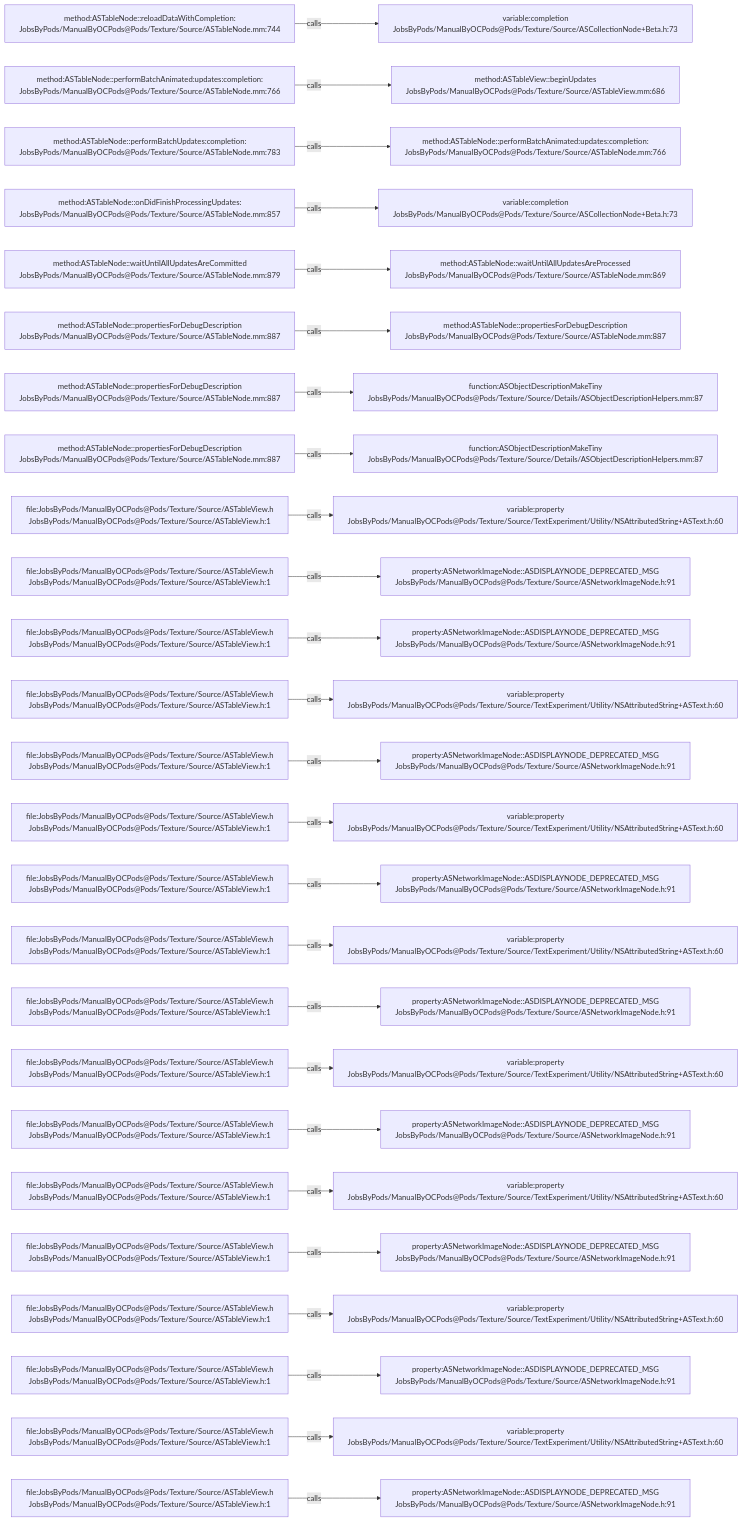
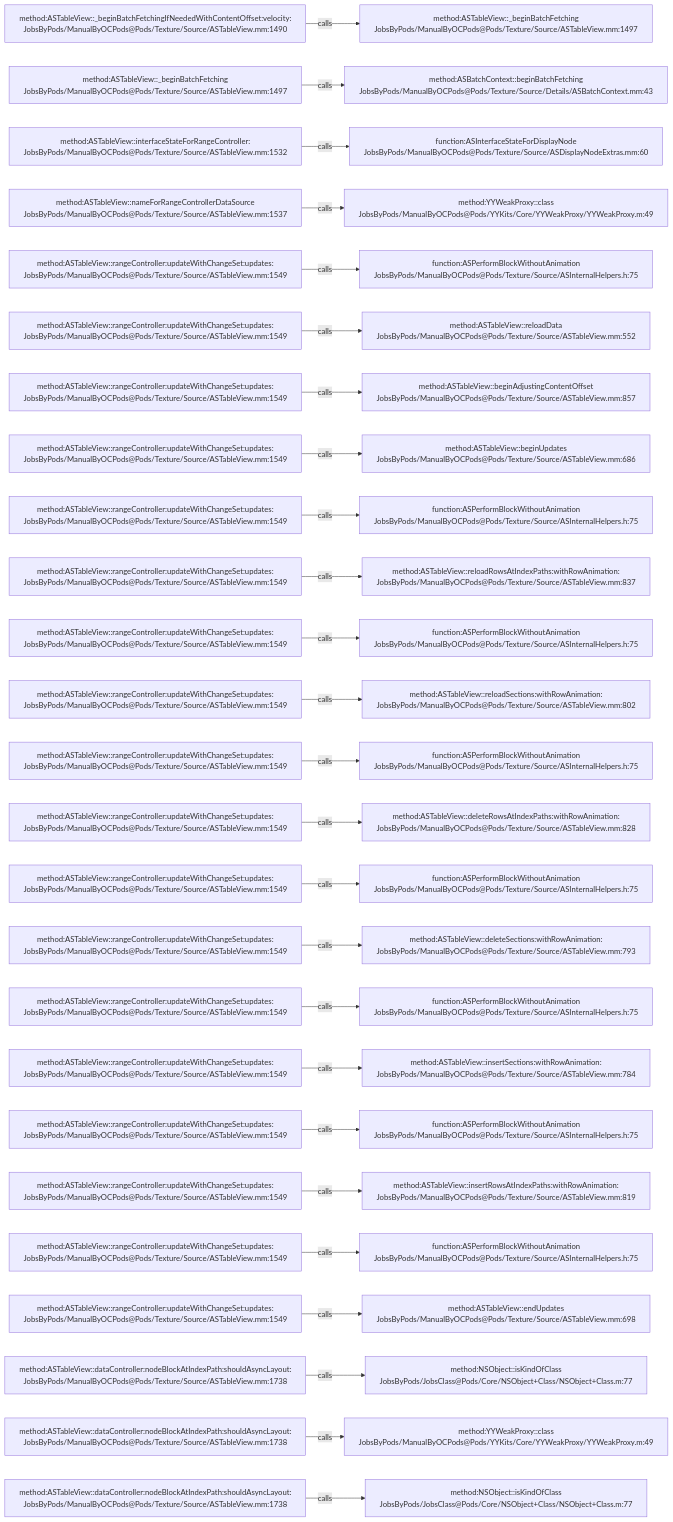
Before and after one commit to JobsKits/JobsOCBaseConfigDemo: the diagram in .codegraph/codegraph.md/graphs/calls-132.md, drawn with Mermaid. The commit also changed 1223 other files, not shown here.

````diff
--- a/.codegraph/codegraph.md/graphs/calls-132.md
+++ b/.codegraph/codegraph.md/graphs/calls-132.md
@@ -13,78 +13,78 @@
 ```mermaid
 flowchart LR
-  S1["method:ASTableNode::reloadDataWithCompletion:<br/>JobsByPods/ManualByOCPods@Pods/Texture/Source/ASTableNode.mm:744"]
-  T1["variable:completion<br/>JobsByPods/ManualByOCPods@Pods/Texture/Source/ASCollectionNode+Beta.h:73"]
+  S1["method:ASTableView::_beginBatchFetchingIfNeededWithContentOffset:velocity:<br/>JobsByPods/ManualByOCPods@Pods/Texture/Source/ASTableView.mm:1490"]
+  T1["method:ASTableView::_beginBatchFetching<br/>JobsByPods/ManualByOCPods@Pods/Texture/Source/ASTableView.mm:1497"]
   S1 -->|calls| T1
-  S2["method:ASTableNode::performBatchAnimated:updates:completion:<br/>JobsByPods/ManualByOCPods@Pods/Texture/Source/ASTableNode.mm:766"]
-  T2["method:ASTableView::beginUpdates<br/>JobsByPods/ManualByOCPods@Pods/Texture/Source/ASTableView.mm:686"]
+  S2["method:ASTableView::_beginBatchFetching<br/>JobsByPods/ManualByOCPods@Pods/Texture/Source/ASTableView.mm:1497"]
+  T2["method:ASBatchContext::beginBatchFetching<br/>JobsByPods/ManualByOCPods@Pods/Texture/Source/Details/ASBatchContext.mm:43"]
   S2 -->|calls| T2
-  S3["method:ASTableNode::performBatchUpdates:completion:<br/>JobsByPods/ManualByOCPods@Pods/Texture/Source/ASTableNode.mm:783"]
-  T3["method:ASTableNode::performBatchAnimated:updates:completion:<br/>JobsByPods/ManualByOCPods@Pods/Texture/Source/ASTableNode.mm:766"]
+  S3["method:ASTableView::interfaceStateForRangeController:<br/>JobsByPods/ManualByOCPods@Pods/Texture/Source/ASTableView.mm:1532"]
+  T3["function:ASInterfaceStateForDisplayNode<br/>JobsByPods/ManualByOCPods@Pods/Texture/Source/ASDisplayNodeExtras.mm:60"]
   S3 -->|calls| T3
-  S4["method:ASTableNode::onDidFinishProcessingUpdates:<br/>JobsByPods/ManualByOCPods@Pods/Texture/Source/ASTableNode.mm:857"]
-  T4["variable:completion<br/>JobsByPods/ManualByOCPods@Pods/Texture/Source/ASCollectionNode+Beta.h:73"]
+  S4["method:ASTableView::nameForRangeControllerDataSource<br/>JobsByPods/ManualByOCPods@Pods/Texture/Source/ASTableView.mm:1537"]
+  T4["method:YYWeakProxy::class<br/>JobsByPods/ManualByOCPods@Pods/YYKits/Core/YYWeakProxy/YYWeakProxy.m:49"]
   S4 -->|calls| T4
-  S5["method:ASTableNode::waitUntilAllUpdatesAreCommitted<br/>JobsByPods/ManualByOCPods@Pods/Texture/Source/ASTableNode.mm:879"]
-  T5["method:ASTableNode::waitUntilAllUpdatesAreProcessed<br/>JobsByPods/ManualByOCPods@Pods/Texture/Source/ASTableNode.mm:869"]
+  S5["method:ASTableView::rangeController:updateWithChangeSet:updates:<br/>JobsByPods/ManualByOCPods@Pods/Texture/Source/ASTableView.mm:1549"]
+  T5["function:ASPerformBlockWithoutAnimation<br/>JobsByPods/ManualByOCPods@Pods/Texture/Source/ASInternalHelpers.h:75"]
   S5 -->|calls| T5
-  S6["method:ASTableNode::propertiesForDebugDescription<br/>JobsByPods/ManualByOCPods@Pods/Texture/Source/ASTableNode.mm:887"]
-  T6["method:ASTableNode::propertiesForDebugDescription<br/>JobsByPods/ManualByOCPods@Pods/Texture/Source/ASTableNode.mm:887"]
+  S6["method:ASTableView::rangeController:updateWithChangeSet:updates:<br/>JobsByPods/ManualByOCPods@Pods/Texture/Source/ASTableView.mm:1549"]
+  T6["method:ASTableView::reloadData<br/>JobsByPods/ManualByOCPods@Pods/Texture/Source/ASTableView.mm:552"]
   S6 -->|calls| T6
-  S7["method:ASTableNode::propertiesForDebugDescription<br/>JobsByPods/ManualByOCPods@Pods/Texture/Source/ASTableNode.mm:887"]
-  T7["function:ASObjectDescriptionMakeTiny<br/>JobsByPods/ManualByOCPods@Pods/Texture/Source/Details/ASObjectDescriptionHelpers.mm:87"]
+  S7["method:ASTableView::rangeController:updateWithChangeSet:updates:<br/>JobsByPods/ManualByOCPods@Pods/Texture/Source/ASTableView.mm:1549"]
+  T7["method:ASTableView::beginAdjustingContentOffset<br/>JobsByPods/ManualByOCPods@Pods/Texture/Source/ASTableView.mm:857"]
   S7 -->|calls| T7
-  S8["method:ASTableNode::propertiesForDebugDescription<br/>JobsByPods/ManualByOCPods@Pods/Texture/Source/ASTableNode.mm:887"]
-  T8["function:ASObjectDescriptionMakeTiny<br/>JobsByPods/ManualByOCPods@Pods/Texture/Source/Details/ASObjectDescriptionHelpers.mm:87"]
+  S8["method:ASTableView::rangeController:updateWithChangeSet:updates:<br/>JobsByPods/ManualByOCPods@Pods/Texture/Source/ASTableView.mm:1549"]
+  T8["method:ASTableView::beginUpdates<br/>JobsByPods/ManualByOCPods@Pods/Texture/Source/ASTableView.mm:686"]
   S8 -->|calls| T8
-  S9["file:JobsByPods/ManualByOCPods@Pods/Texture/Source/ASTableView.h<br/>JobsByPods/ManualByOCPods@Pods/Texture/Source/ASTableView.h:1"]
-  T9["variable:property<br/>JobsByPods/ManualByOCPods@Pods/Texture/Source/TextExperiment/Utility/NSAttributedString+ASText.h:60"]
+  S9["method:ASTableView::rangeController:updateWithChangeSet:updates:<br/>JobsByPods/ManualByOCPods@Pods/Texture/Source/ASTableView.mm:1549"]
+  T9["function:ASPerformBlockWithoutAnimation<br/>JobsByPods/ManualByOCPods@Pods/Texture/Source/ASInternalHelpers.h:75"]
   S9 -->|calls| T9
-  S10["file:JobsByPods/ManualByOCPods@Pods/Texture/Source/ASTableView.h<br/>JobsByPods/ManualByOCPods@Pods/Texture/Source/ASTableView.h:1"]
-  T10["property:ASNetworkImageNode::ASDISPLAYNODE_DEPRECATED_MSG<br/>JobsByPods/ManualByOCPods@Pods/Texture/Source/ASNetworkImageNode.h:91"]
+  S10["method:ASTableView::rangeController:updateWithChangeSet:updates:<br/>JobsByPods/ManualByOCPods@Pods/Texture/Source/ASTableView.mm:1549"]
+  T10["method:ASTableView::reloadRowsAtIndexPaths:withRowAnimation:<br/>JobsByPods/ManualByOCPods@Pods/Texture/Source/ASTableView.mm:837"]
   S10 -->|calls| T10
-  S11["file:JobsByPods/ManualByOCPods@Pods/Texture/Source/ASTableView.h<br/>JobsByPods/ManualByOCPods@Pods/Texture/Source/ASTableView.h:1"]
-  T11["property:ASNetworkImageNode::ASDISPLAYNODE_DEPRECATED_MSG<br/>JobsByPods/ManualByOCPods@Pods/Texture/Source/ASNetworkImageNode.h:91"]
+  S11["method:ASTableView::rangeController:updateWithChangeSet:updates:<br/>JobsByPods/ManualByOCPods@Pods/Texture/Source/ASTableView.mm:1549"]
+  T11["function:ASPerformBlockWithoutAnimation<br/>JobsByPods/ManualByOCPods@Pods/Texture/Source/ASInternalHelpers.h:75"]
   S11 -->|calls| T11
-  S12["file:JobsByPods/ManualByOCPods@Pods/Texture/Source/ASTableView.h<br/>JobsByPods/ManualByOCPods@Pods/Texture/Source/ASTableView.h:1"]
-  T12["variable:property<br/>JobsByPods/ManualByOCPods@Pods/Texture/Source/TextExperiment/Utility/NSAttributedString+ASText.h:60"]
+  S12["method:ASTableView::rangeController:updateWithChangeSet:updates:<br/>JobsByPods/ManualByOCPods@Pods/Texture/Source/ASTableView.mm:1549"]
+  T12["method:ASTableView::reloadSections:withRowAnimation:<br/>JobsByPods/ManualByOCPods@Pods/Texture/Source/ASTableView.mm:802"]
   S12 -->|calls| T12
-  S13["file:JobsByPods/ManualByOCPods@Pods/Texture/Source/ASTableView.h<br/>JobsByPods/ManualByOCPods@Pods/Texture/Source/ASTableView.h:1"]
-  T13["property:ASNetworkImageNode::ASDISPLAYNODE_DEPRECATED_MSG<br/>JobsByPods/ManualByOCPods@Pods/Texture/Source/ASNetworkImageNode.h:91"]
+  S13["method:ASTableView::rangeController:updateWithChangeSet:updates:<br/>JobsByPods/ManualByOCPods@Pods/Texture/Source/ASTableView.mm:1549"]
+  T13["function:ASPerformBlockWithoutAnimation<br/>JobsByPods/ManualByOCPods@Pods/Texture/Source/ASInternalHelpers.h:75"]
   S13 -->|calls| T13
-  S14["file:JobsByPods/ManualByOCPods@Pods/Texture/Source/ASTableView.h<br/>JobsByPods/ManualByOCPods@Pods/Texture/Source/ASTableView.h:1"]
-  T14["variable:property<br/>JobsByPods/ManualByOCPods@Pods/Texture/Source/TextExperiment/Utility/NSAttributedString+ASText.h:60"]
+  S14["method:ASTableView::rangeController:updateWithChangeSet:updates:<br/>JobsByPods/ManualByOCPods@Pods/Texture/Source/ASTableView.mm:1549"]
+  T14["method:ASTableView::deleteRowsAtIndexPaths:withRowAnimation:<br/>JobsByPods/ManualByOCPods@Pods/Texture/Source/ASTableView.mm:828"]
   S14 -->|calls| T14
-  S15["file:JobsByPods/ManualByOCPods@Pods/Texture/Source/ASTableView.h<br/>JobsByPods/ManualByOCPods@Pods/Texture/Source/ASTableView.h:1"]
-  T15["property:ASNetworkImageNode::ASDISPLAYNODE_DEPRECATED_MSG<br/>JobsByPods/ManualByOCPods@Pods/Texture/Source/ASNetworkImageNode.h:91"]
+  S15["method:ASTableView::rangeController:updateWithChangeSet:updates:<br/>JobsByPods/ManualByOCPods@Pods/Texture/Source/ASTableView.mm:1549"]
+  T15["function:ASPerformBlockWithoutAnimation<br/>JobsByPods/ManualByOCPods@Pods/Texture/Source/ASInternalHelpers.h:75"]
   S15 -->|calls| T15
-  S16["file:JobsByPods/ManualByOCPods@Pods/Texture/Source/ASTableView.h<br/>JobsByPods/ManualByOCPods@Pods/Texture/Source/ASTableView.h:1"]
-  T16["variable:property<br/>JobsByPods/ManualByOCPods@Pods/Texture/Source/TextExperiment/Utility/NSAttributedString+ASText.h:60"]
+  S16["method:ASTableView::rangeController:updateWithChangeSet:updates:<br/>JobsByPods/ManualByOCPods@Pods/Texture/Source/ASTableView.mm:1549"]
+  T16["method:ASTableView::deleteSections:withRowAnimation:<br/>JobsByPods/ManualByOCPods@Pods/Texture/Source/ASTableView.mm:793"]
   S16 -->|calls| T16
-  S17["file:JobsByPods/ManualByOCPods@Pods/Texture/Source/ASTableView.h<br/>JobsByPods/ManualByOCPods@Pods/Texture/Source/ASTableView.h:1"]
-  T17["property:ASNetworkImageNode::ASDISPLAYNODE_DEPRECATED_MSG<br/>JobsByPods/ManualByOCPods@Pods/Texture/Source/ASNetworkImageNode.h:91"]
+  S17["method:ASTableView::rangeController:updateWithChangeSet:updates:<br/>JobsByPods/ManualByOCPods@Pods/Texture/Source/ASTableView.mm:1549"]
+  T17["function:ASPerformBlockWithoutAnimation<br/>JobsByPods/ManualByOCPods@Pods/Texture/Source/ASInternalHelpers.h:75"]
   S17 -->|calls| T17
-  S18["file:JobsByPods/ManualByOCPods@Pods/Texture/Source/ASTableView.h<br/>JobsByPods/ManualByOCPods@Pods/Texture/Source/ASTableView.h:1"]
-  T18["variable:property<br/>JobsByPods/ManualByOCPods@Pods/Texture/Source/TextExperiment/Utility/NSAttributedString+ASText.h:60"]
+  S18["method:ASTableView::rangeController:updateWithChangeSet:updates:<br/>JobsByPods/ManualByOCPods@Pods/Texture/Source/ASTableView.mm:1549"]
+  T18["method:ASTableView::insertSections:withRowAnimation:<br/>JobsByPods/ManualByOCPods@Pods/Texture/Source/ASTableView.mm:784"]
   S18 -->|calls| T18
-  S19["file:JobsByPods/ManualByOCPods@Pods/Texture/Source/ASTableView.h<br/>JobsByPods/ManualByOCPods@Pods/Texture/Source/ASTableView.h:1"]
-  T19["property:ASNetworkImageNode::ASDISPLAYNODE_DEPRECATED_MSG<br/>JobsByPods/ManualByOCPods@Pods/Texture/Source/ASNetworkImageNode.h:91"]
+  S19["method:ASTableView::rangeController:updateWithChangeSet:updates:<br/>JobsByPods/ManualByOCPods@Pods/Texture/Source/ASTableView.mm:1549"]
+  T19["function:ASPerformBlockWithoutAnimation<br/>JobsByPods/ManualByOCPods@Pods/Texture/Source/ASInternalHelpers.h:75"]
   S19 -->|calls| T19
-  S20["file:JobsByPods/ManualByOCPods@Pods/Texture/Source/ASTableView.h<br/>JobsByPods/ManualByOCPods@Pods/Texture/Source/ASTableView.h:1"]
-  T20["variable:property<br/>JobsByPods/ManualByOCPods@Pods/Texture/Source/TextExperiment/Utility/NSAttributedString+ASText.h:60"]
+  S20["method:ASTableView::rangeController:updateWithChangeSet:updates:<br/>JobsByPods/ManualByOCPods@Pods/Texture/Source/ASTableView.mm:1549"]
+  T20["method:ASTableView::insertRowsAtIndexPaths:withRowAnimation:<br/>JobsByPods/ManualByOCPods@Pods/Texture/Source/ASTableView.mm:819"]
   S20 -->|calls| T20
-  S21["file:JobsByPods/ManualByOCPods@Pods/Texture/Source/ASTableView.h<br/>JobsByPods/ManualByOCPods@Pods/Texture/Source/ASTableView.h:1"]
-  T21["property:ASNetworkImageNode::ASDISPLAYNODE_DEPRECATED_MSG<br/>JobsByPods/ManualByOCPods@Pods/Texture/Source/ASNetworkImageNode.h:91"]
+  S21["method:ASTableView::rangeController:updateWithChangeSet:updates:<br/>JobsByPods/ManualByOCPods@Pods/Texture/Source/ASTableView.mm:1549"]
+  T21["function:ASPerformBlockWithoutAnimation<br/>JobsByPods/ManualByOCPods@Pods/Texture/Source/ASInternalHelpers.h:75"]
   S21 -->|calls| T21
-  S22["file:JobsByPods/ManualByOCPods@Pods/Texture/Source/ASTableView.h<br/>JobsByPods/ManualByOCPods@Pods/Texture/Source/ASTableView.h:1"]
-  T22["variable:property<br/>JobsByPods/ManualByOCPods@Pods/Texture/Source/TextExperiment/Utility/NSAttributedString+ASText.h:60"]
+  S22["method:ASTableView::rangeController:updateWithChangeSet:updates:<br/>JobsByPods/ManualByOCPods@Pods/Texture/Source/ASTableView.mm:1549"]
+  T22["method:ASTableView::endUpdates<br/>JobsByPods/ManualByOCPods@Pods/Texture/Source/ASTableView.mm:698"]
   S22 -->|calls| T22
-  S23["file:JobsByPods/ManualByOCPods@Pods/Texture/Source/ASTableView.h<br/>JobsByPods/ManualByOCPods@Pods/Texture/Source/ASTableView.h:1"]
-  T23["property:ASNetworkImageNode::ASDISPLAYNODE_DEPRECATED_MSG<br/>JobsByPods/ManualByOCPods@Pods/Texture/Source/ASNetworkImageNode.h:91"]
+  S23["method:ASTableView::dataController:nodeBlockAtIndexPath:shouldAsyncLayout:<br/>JobsByPods/ManualByOCPods@Pods/Texture/Source/ASTableView.mm:1738"]
+  T23["method:NSObject::isKindOfClass<br/>JobsByPods/JobsClass@Pods/Core/NSObject+Class/NSObject+Class.m:77"]
   S23 -->|calls| T23
-  S24["file:JobsByPods/ManualByOCPods@Pods/Texture/Source/ASTableView.h<br/>JobsByPods/ManualByOCPods@Pods/Texture/Source/ASTableView.h:1"]
-  T24["variable:property<br/>JobsByPods/ManualByOCPods@Pods/Texture/Source/TextExperiment/Utility/NSAttributedString+ASText.h:60"]
+  S24["method:ASTableView::dataController:nodeBlockAtIndexPath:shouldAsyncLayout:<br/>JobsByPods/ManualByOCPods@Pods/Texture/Source/ASTableView.mm:1738"]
+  T24["method:YYWeakProxy::class<br/>JobsByPods/ManualByOCPods@Pods/YYKits/Core/YYWeakProxy/YYWeakProxy.m:49"]
   S24 -->|calls| T24
-  S25["file:JobsByPods/ManualByOCPods@Pods/Texture/Source/ASTableView.h<br/>JobsByPods/ManualByOCPods@Pods/Texture/Source/ASTableView.h:1"]
-  T25["property:ASNetworkImageNode::ASDISPLAYNODE_DEPRECATED_MSG<br/>JobsByPods/ManualByOCPods@Pods/Texture/Source/ASNetworkImageNode.h:91"]
+  S25["method:ASTableView::dataController:nodeBlockAtIndexPath:shouldAsyncLayout:<br/>JobsByPods/ManualByOCPods@Pods/Texture/Source/ASTableView.mm:1738"]
+  T25["method:NSObject::isKindOfClass<br/>JobsByPods/JobsClass@Pods/Core/NSObject+Class/NSObject+Class.m:77"]
   S25 -->|calls| T25
 ```
````
